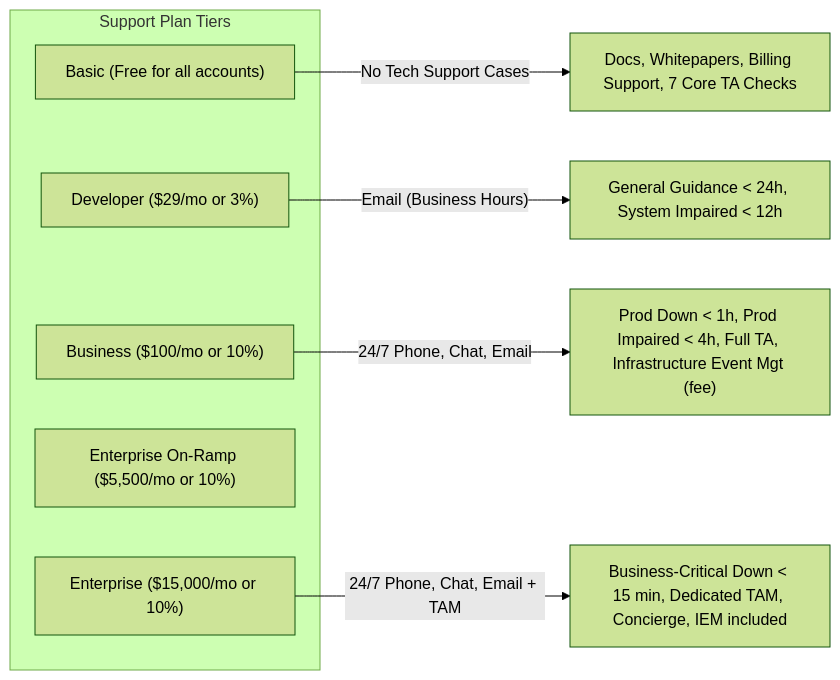
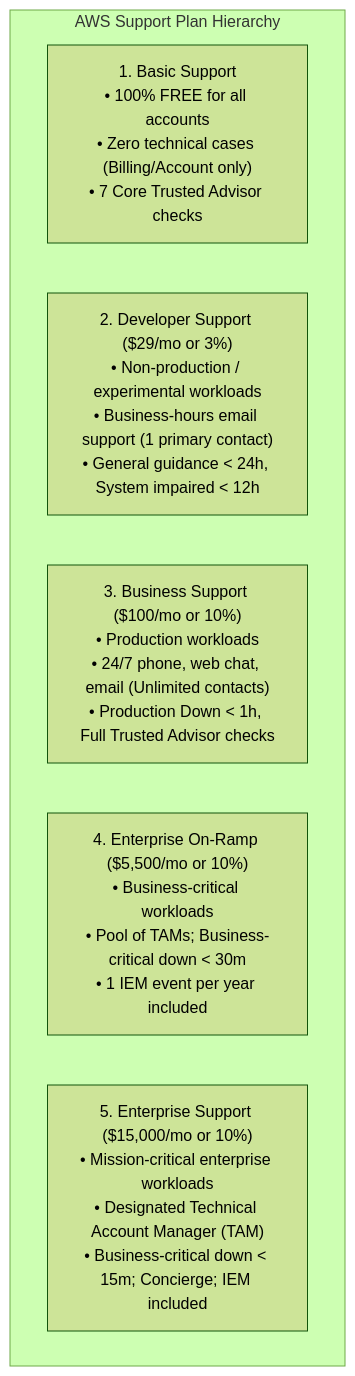
Before and after one commit to fakhruldeen/AWS: the second of 3 diagrams in Cloud/Practitioner/CLF-C02/06_Explanations/04_Billing_and_Pricing/Support_Plans_and_Marketplace.md, drawn with Mermaid (forest theme). The commit also changed other lines of this file and 18 other files, not shown here.

````diff
--- a/Cloud/Practitioner/CLF-C02/06_Explanations/04_Billing_and_Pricing/Support_Plans_and_Marketplace.md
+++ b/Cloud/Practitioner/CLF-C02/06_Explanations/04_Billing_and_Pricing/Support_Plans_and_Marketplace.md
@@ -23,15 +63,14 @@
 ```mermaid
-flowchart LR
-    subgraph Tiers["Support Plan Tiers"]
-        Basic["Basic (Free for all accounts)"]
-        Dev["Developer ($29/mo or 3%)"]
-        Biz["Business ($100/mo or 10%)"]
-        EntOnRamp["Enterprise On-Ramp ($5,500/mo or 10%)"]
-        Ent["Enterprise ($15,000/mo or 10%)"]
+graph TD
+    subgraph SupportTiers ["AWS Support Plan Hierarchy"]
+        Basic["1. Basic Support<br/>• 100% FREE for all accounts<br/>• Zero technical cases (Billing/Account only)<br/>• 7 Core Trusted Advisor checks"]
+        
+        Dev["2. Developer Support ($29/mo or 3%)<br/>• Non-production / experimental workloads<br/>• Business-hours email support (1 primary contact)<br/>• General guidance < 24h, System impaired < 12h"]
+        
+        Biz["3. Business Support ($100/mo or 10%)<br/>• Production workloads<br/>• 24/7 phone, web chat, email (Unlimited contacts)<br/>• Production Down < 1h, Full Trusted Advisor checks"]
+        
+        EntOnRamp["4. Enterprise On-Ramp ($5,500/mo or 10%)<br/>• Business-critical workloads<br/>• Pool of TAMs; Business-critical down < 30m<br/>• 1 IEM event per year included"]
+        
+        Ent["5. Enterprise Support ($15,000/mo or 10%)<br/>• Mission-critical enterprise workloads<br/>• Designated Technical Account Manager (TAM)<br/>• Business-critical down < 15m; Concierge; IEM included"]
     end
-    
-    Basic -->|"No Tech Support Cases"| B_feat["Docs, Whitepapers, Billing Support, 7 Core TA Checks"]
-    Dev -->|"Email (Business Hours)"| D_feat["General Guidance < 24h, System Impaired < 12h"]
-    Biz -->|"24/7 Phone, Chat, Email"| BZ_feat["Prod Down < 1h, Prod Impaired < 4h, Full TA, Infrastructure Event Mgt (fee)"]
-    Ent -->|"24/7 Phone, Chat, Email + TAM"| E_feat["Business-Critical Down < 15 min, Dedicated TAM, Concierge, IEM included"]
 ```
````
